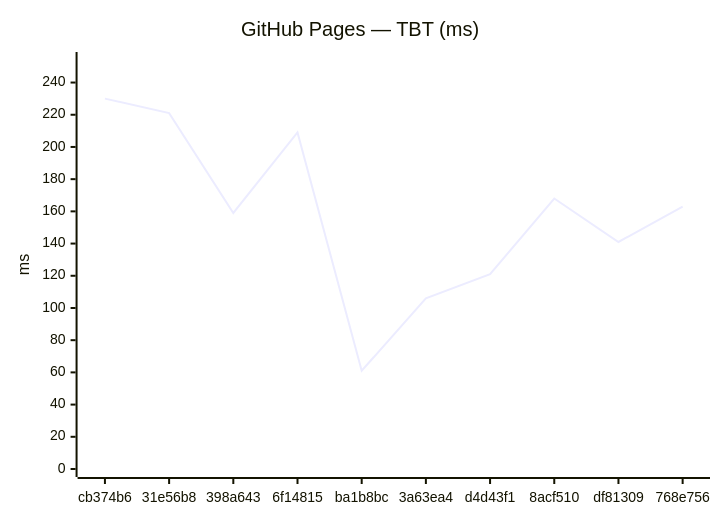
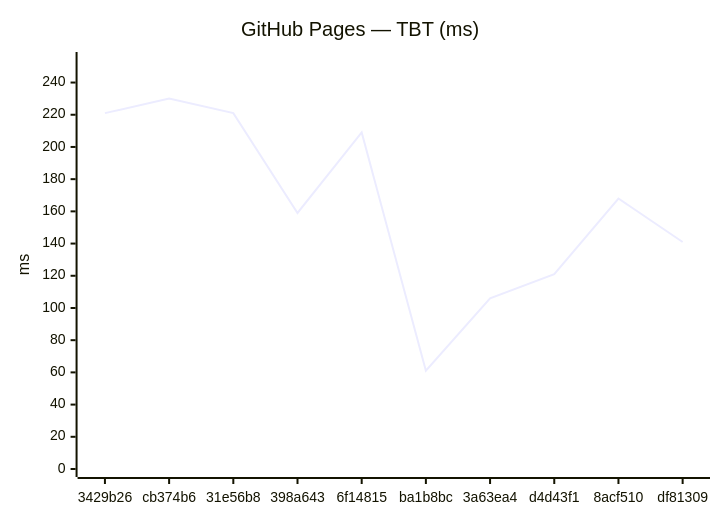
The fourth of 18 diagrams in benchmarks/compare.md (Metaheurist/Rianell), drawn with Mermaid before and after one commit. The commit also changed other lines of this file and 11 other files, not shown here.

````diff
--- a/benchmarks/compare.md
+++ b/benchmarks/compare.md
@@ -61,7 +61,7 @@
 ```mermaid
 xychart-beta
     title "GitHub Pages — TBT (ms)"
-    x-axis ["cb374b6", "31e56b8", "398a643", "6f14815", "ba1b8bc", "3a63ea4", "d4d43f1", "8acf510", "df81309", "768e756"]
+    x-axis ["3429b26", "cb374b6", "31e56b8", "398a643", "6f14815", "ba1b8bc", "3a63ea4", "d4d43f1", "8acf510", "df81309"]
     y-axis "ms" 0 --> 254
-    line [230, 221, 159, 209, 61, 106, 121, 168, 141, 163]
+    line [221, 230, 221, 159, 209, 61, 106, 121, 168, 141]
 ```
````
